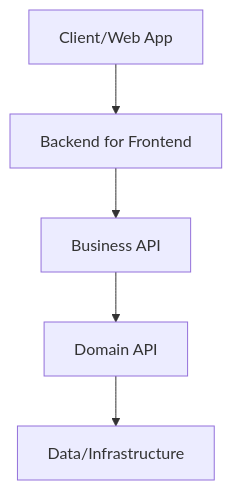
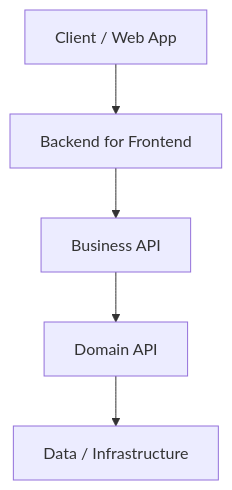
One commit to Kert0n/KPO changed the third of 19 diagrams in lectures/Lec11/vitepress.md. Above: the diagram before and after it, drawn with Mermaid. The commit also changed other lines of this file and 9 other files, not shown here.

````diff
--- a/lectures/Lec11/vitepress.md
+++ b/lectures/Lec11/vitepress.md
@@ -54,7 +102,7 @@
 ```mermaid
 flowchart TD
-    UI[Client/Web App] --> BFF[Backend for Frontend]
-    BFF --> Business[Business API]
-    Business --> Domain[Domain API]
-    Domain --> Data[Data/Infrastructure]
+    UI["Client / Web App"] --> BFF["Backend for Frontend"]
+    BFF --> Business["Business API"]
+    Business --> Domain["Domain API"]
+    Domain --> Data["Data / Infrastructure"]
 ```
````
